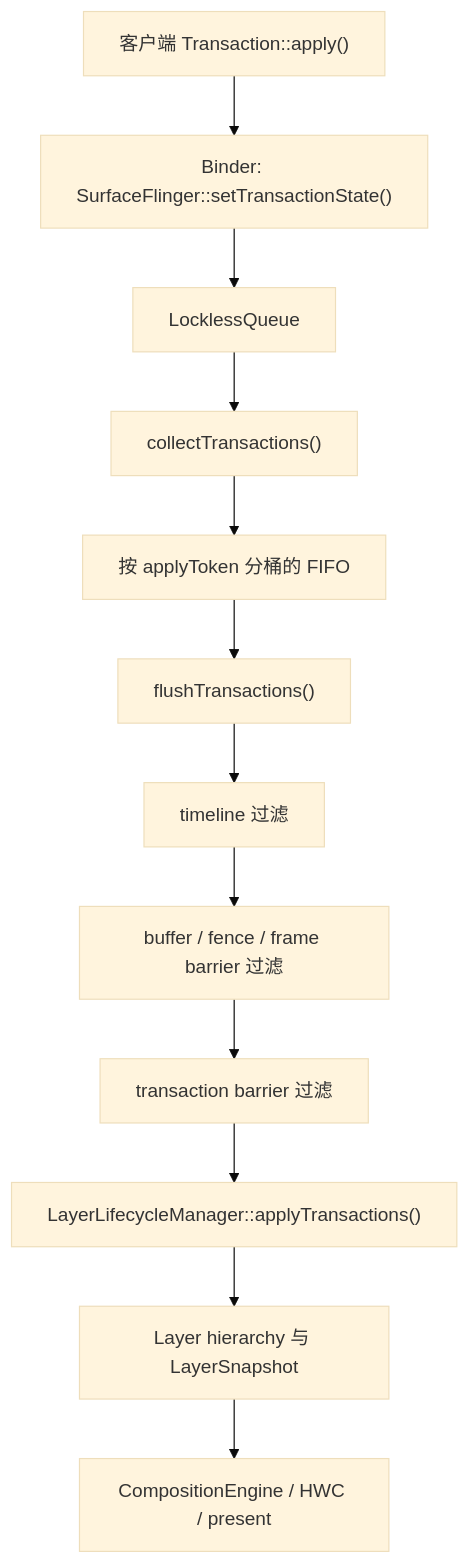
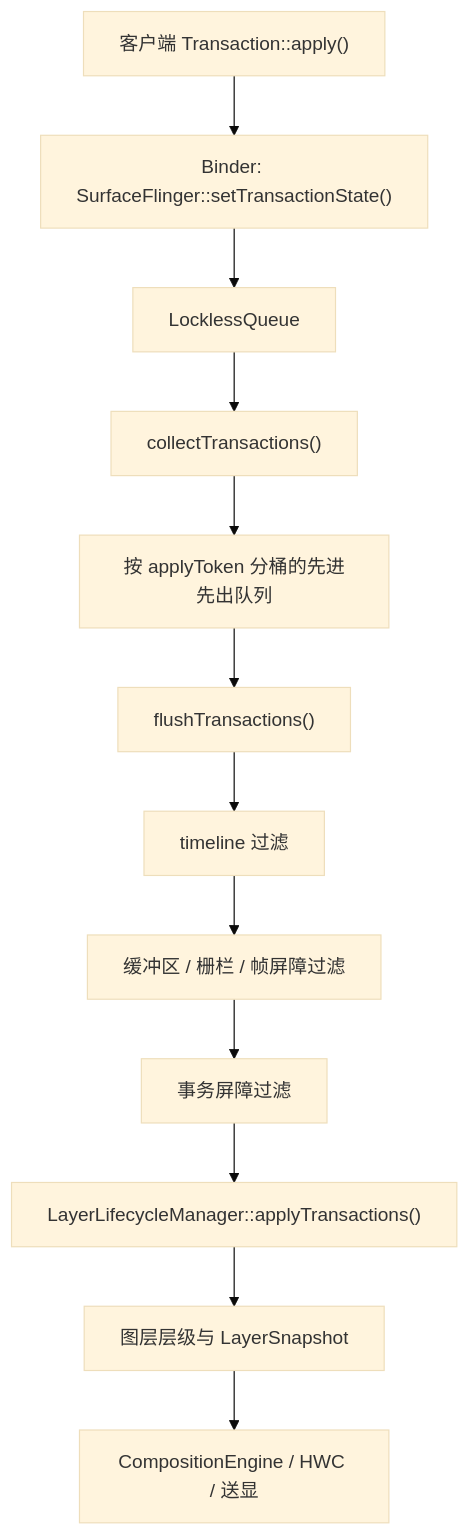
The diagram in src/part1-fundamentals/ch02-rendering/27-sf-transaction-queue-lockless.md (Gracker/android-internals-wiki), drawn with Mermaid (base theme) before and after one commit. The commit also changed other lines of this file and 4 other files, not shown here.

````diff
--- a/src/part1-fundamentals/ch02-rendering/27-sf-transaction-queue-lockless.md
+++ b/src/part1-fundamentals/ch02-rendering/27-sf-transaction-queue-lockless.md
@@ -96,14 +51,14 @@
 ```mermaid
 flowchart TD
     A["客户端 Transaction::apply()"] --> B["Binder: SurfaceFlinger::setTransactionState()"]
     B --> C["LocklessQueue<QueuedTransactionState>"]
     C --> D["collectTransactions()"]
-    D --> E["按 applyToken 分桶的 FIFO"]
+    D --> E["按 applyToken 分桶的先进先出队列"]
     E --> F["flushTransactions()"]
     F --> G["timeline 过滤"]
-    G --> H["buffer / fence / frame barrier 过滤"]
-    H --> I["transaction barrier 过滤"]
+    G --> H["缓冲区 / 栅栏 / 帧屏障过滤"]
+    H --> I["事务屏障过滤"]
     I --> J["LayerLifecycleManager::applyTransactions()"]
-    J --> K["Layer hierarchy 与 LayerSnapshot"]
-    K --> L["CompositionEngine / HWC / present"]
+    J --> K["图层层级与 LayerSnapshot"]
+    K --> L["CompositionEngine / HWC / 送显"]
 ```
````
